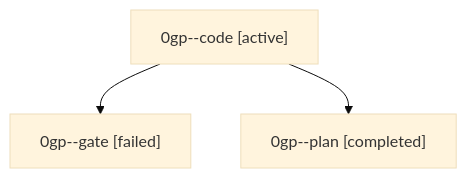
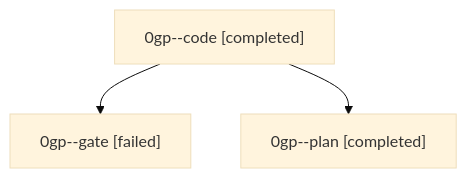
Before and after one commit to bobs-org/bob-cli--agents: the diagram in sessions/bbugyi200.athena.0gp.md, drawn with Mermaid (base theme). The commit also changed other lines of this file and 6 other files, not shown here.

````diff
--- a/sessions/bbugyi200.athena.0gp.md
+++ b/sessions/bbugyi200.athena.0gp.md
@@ -9,8 +9,8 @@
 ```mermaid
 flowchart TD
-  n0["0gp--code [active]"]
+  n0["0gp--code [completed]"]
   n1["0gp--gate [failed]"]
   n0 --> n1
   n2["0gp--plan [completed]"]
   n0 --> n2
 ```
````
